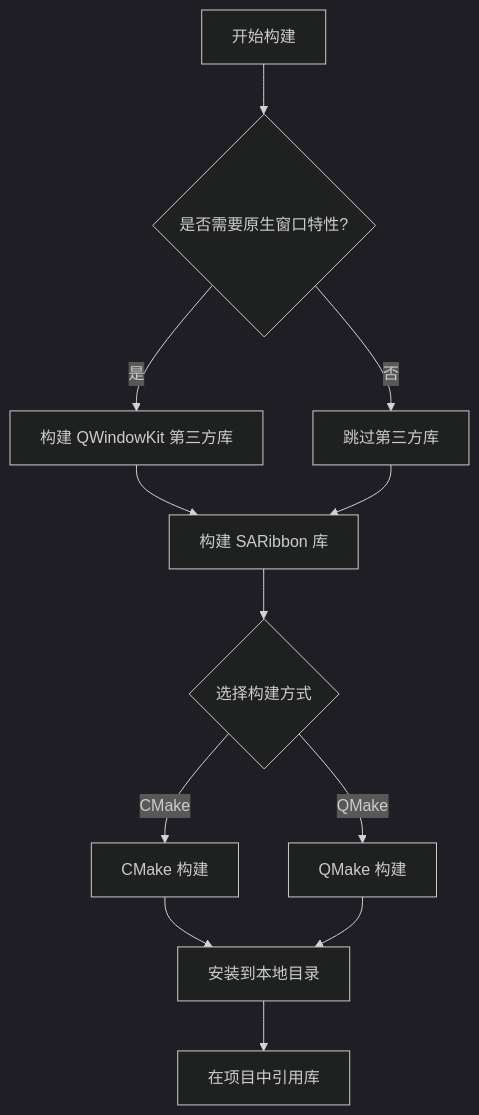
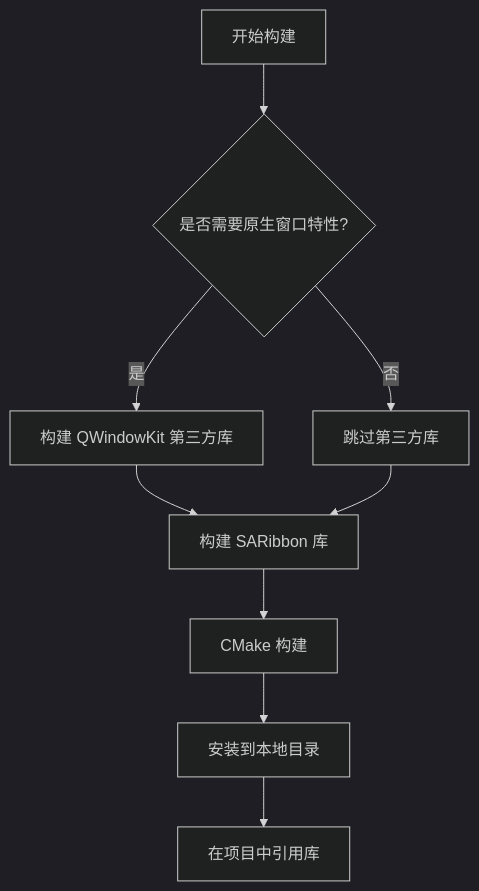
The diagram in docs/zh/build-guide/build-instructions.md (czyt1988/SARibbon), drawn with Mermaid (dark theme) before and after one commit. The commit also changed other lines of this file and 172 other files, not shown here.

````diff
--- a/docs/zh/build-guide/build-instructions.md
+++ b/docs/zh/build-guide/build-instructions.md
@@ -21,14 +21,11 @@
 ```mermaid
 flowchart TD
     A[开始构建] --> B{是否需要原生窗口特性?}
     B -->|是| C[构建 QWindowKit 第三方库]
     B -->|否| D[跳过第三方库]
     C --> E[构建 SARibbon 库]
     D --> E
-    E --> F{选择构建方式}
-    F -->|CMake| G[CMake 构建]
-    F -->|QMake| H[QMake 构建]
-    G --> I[安装到本地目录]
-    H --> I
-    I --> J[在项目中引用库]
+    E --> F[CMake 构建]
+    F --> G[安装到本地目录]
+    G --> H[在项目中引用库]
 ```
````
